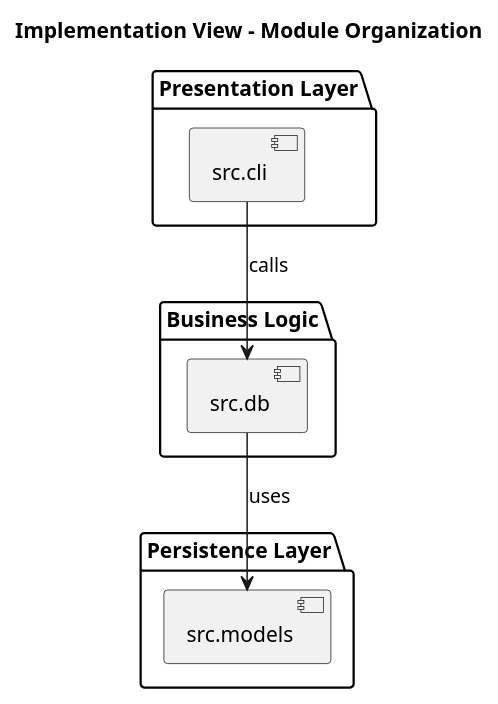
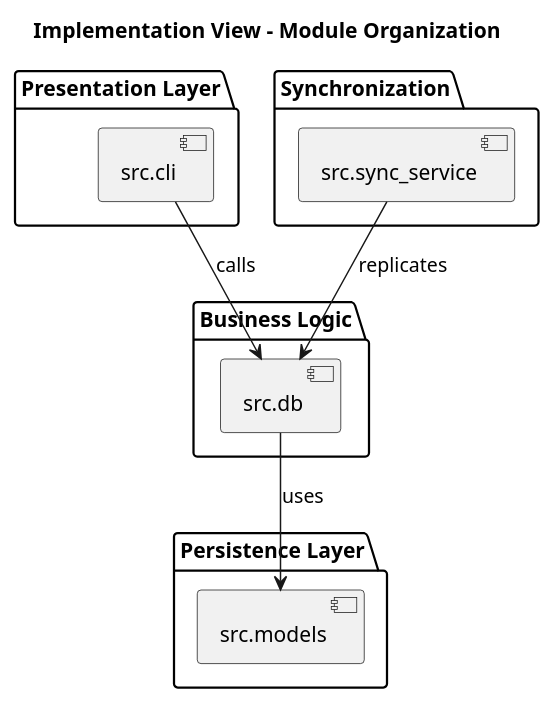
Before and after one commit to Sersium/log430lab123: the diagram in docs/UML/implementation_view.puml, drawn with PlantUML. The commit also changed 4 other files, not shown here.

Commit message:
Add multi-store UML diagrams

```diff
--- a/docs/UML/implementation_view.puml
+++ b/docs/UML/implementation_view.puml
@@ -1,15 +1,19 @@
 @startuml implementation_view
 title Implementation View - Module Organization
 package "Presentation Layer" {
   [src.cli]
 }
 package "Business Logic" {
   [src.db]
 }
 package "Persistence Layer" {
   [src.models]
 }
+package "Synchronization" {
+  [src.sync_service]
+}
 
 src.cli --> src.db : calls
 src.db --> src.models : uses
+src.sync_service --> src.db : replicates
 @enduml
```
